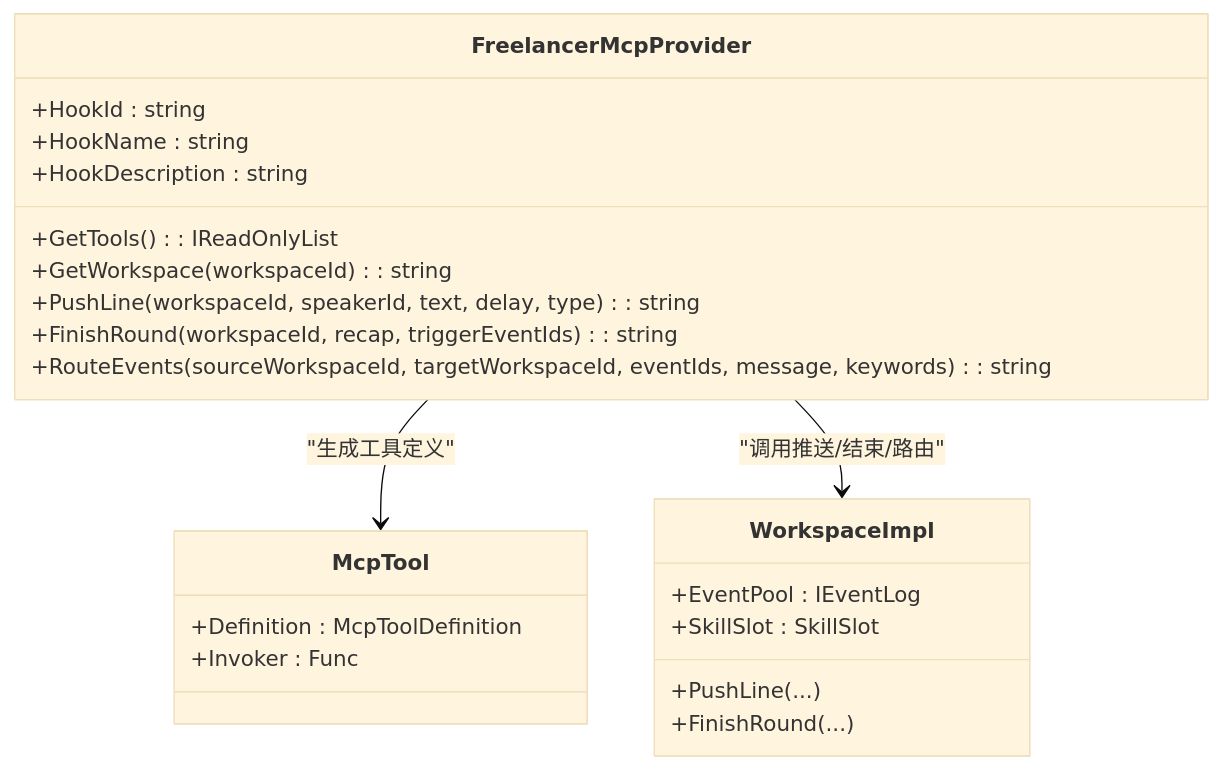
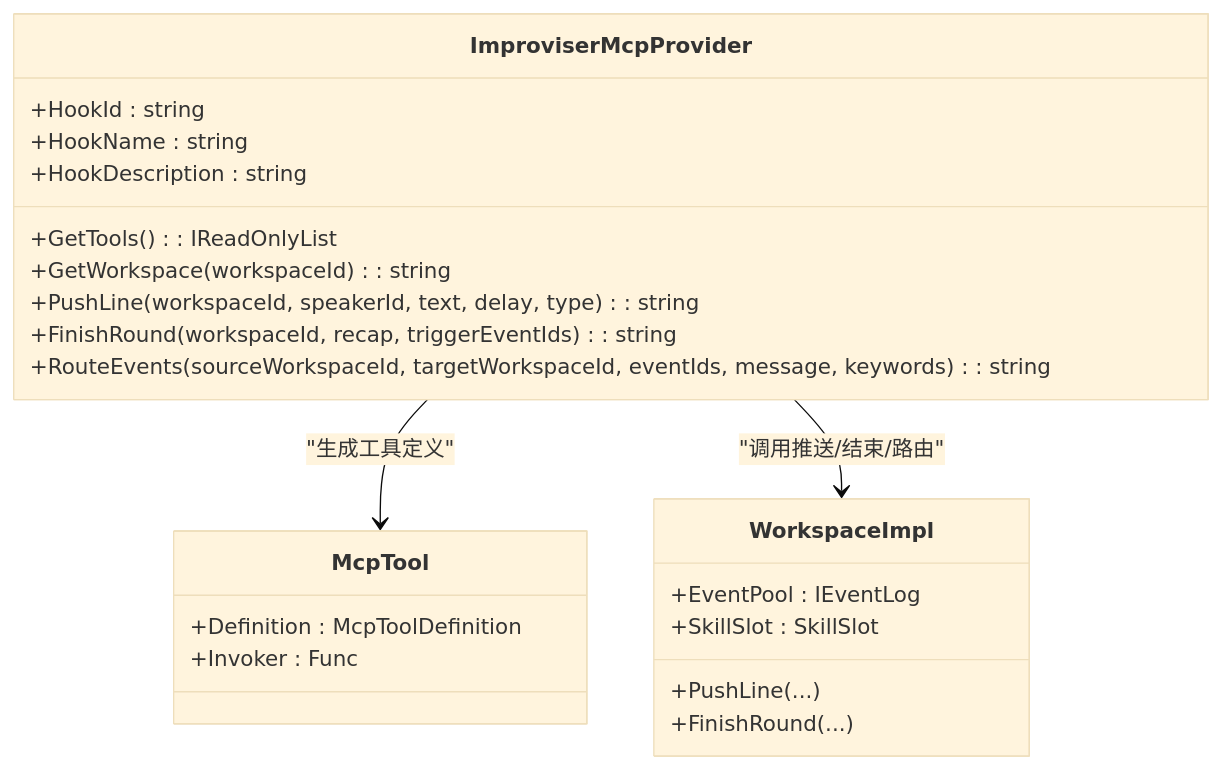
Before and after one commit to suzvka/RimLife: the third of 7 diagrams in .qoder/repowiki/zh/content/核心架构设计/多代理协作架构/自由职业者代理系统.md, drawn with Mermaid (base theme). The commit also changed other lines of this file and 26 other files, not shown here.

````diff
--- a/.qoder/repowiki/zh/content/核心架构设计/多代理协作架构/自由职业者代理系统.md
+++ b/.qoder/repowiki/zh/content/核心架构设计/多代理协作架构/自由职业者代理系统.md
@@ -153,25 +155,25 @@
 ```mermaid
 classDiagram
-class FreelancerMcpProvider {
+class ImproviserMcpProvider {
 +HookId : string
 +HookName : string
 +HookDescription : string
 +GetTools() : IReadOnlyList<McpTool>
 +GetWorkspace(workspaceId) : string
 +PushLine(workspaceId, speakerId, text, delay, type) : string
 +FinishRound(workspaceId, recap, triggerEventIds) : string
 +RouteEvents(sourceWorkspaceId, targetWorkspaceId, eventIds, message, keywords) : string
 }
 class McpTool {
 +Definition : McpToolDefinition
 +Invoker : Func<string,string>
 }
 class WorkspaceImpl {
 +PushLine(...)
 +FinishRound(...)
 +EventPool : IEventLog
 +SkillSlot : SkillSlot
 }
-FreelancerMcpProvider --> McpTool : "生成工具定义"
-FreelancerMcpProvider --> WorkspaceImpl : "调用推送/结束/路由"
+ImproviserMcpProvider --> McpTool : "生成工具定义"
+ImproviserMcpProvider --> WorkspaceImpl : "调用推送/结束/路由"
 ```
````
